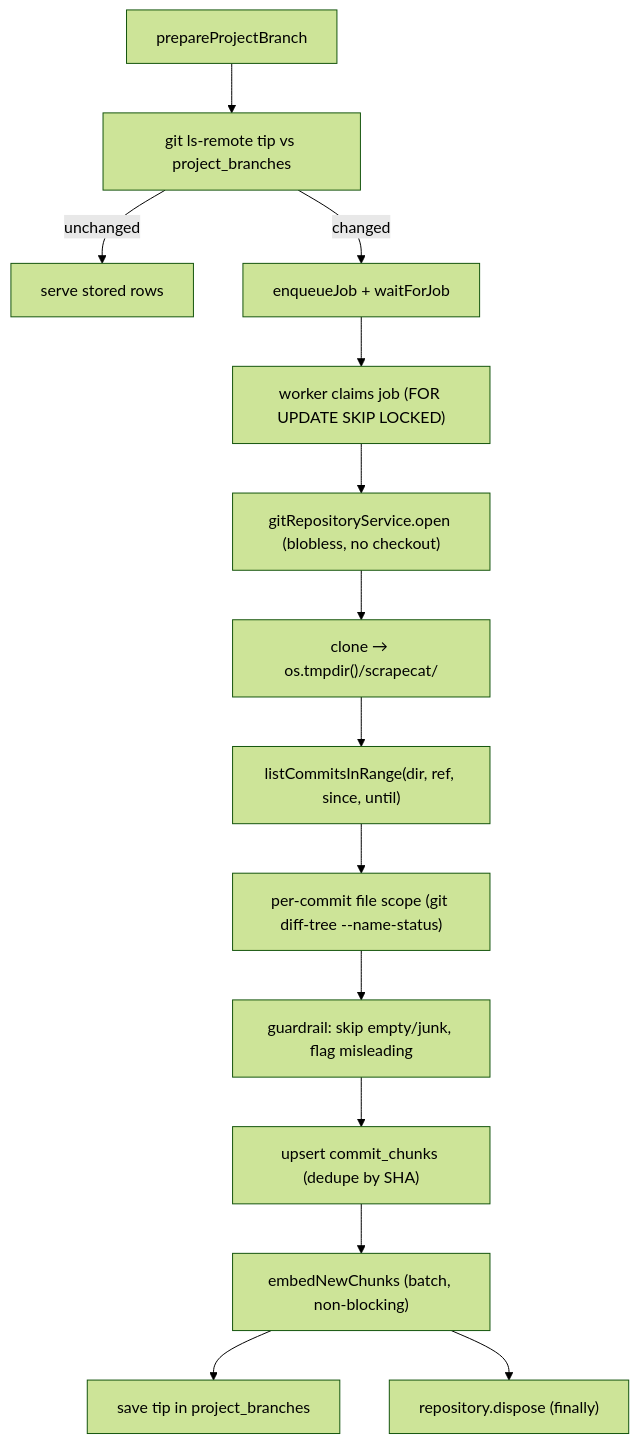
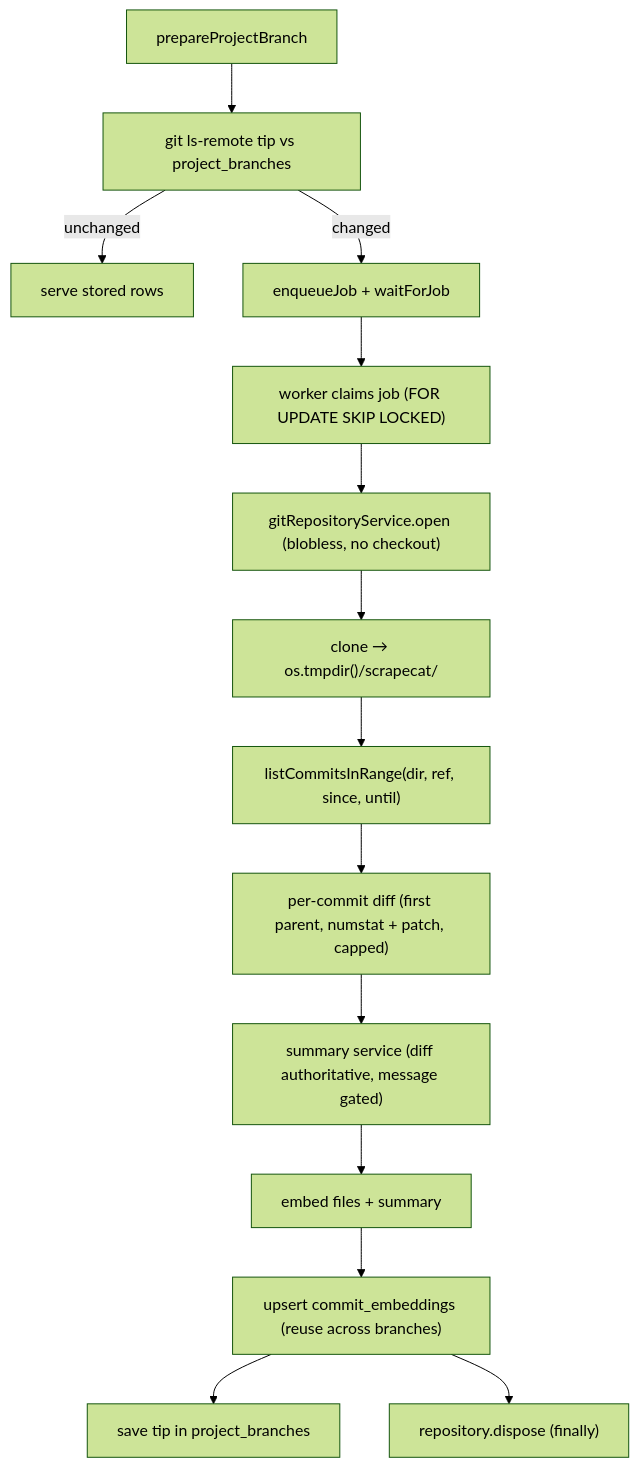
Before and after one commit to franciscoluna-28/Scrapecat: the fourth of 5 diagrams in docs/architecture.md, drawn with Mermaid (forest theme). The commit also changed other lines of this file and 8 other files, not shown here.

````diff
--- a/docs/architecture.md
+++ b/docs/architecture.md
@@ -130,16 +130,16 @@
 ```mermaid
 flowchart TD
     P["prepareProjectBranch"] --> T["git ls-remote tip vs project_branches"]
     T -->|unchanged| C["serve stored rows"]
     T -->|changed| Q["enqueueJob + waitForJob"]
     Q --> W["worker claims job (FOR UPDATE SKIP LOCKED)"]
     W --> E["gitRepositoryService.open (blobless, no checkout)"]
     E --> G["clone → os.tmpdir()/scrapecat/<uuid>"]
     G --> R["listCommitsInRange(dir, ref, since, until)"]
-    R --> S["per-commit file scope (git diff-tree --name-status)"]
-    S --> CL["guardrail: skip empty/junk, flag misleading"]
-    CL --> U["upsert commit_chunks (dedupe by SHA)"]
-    U --> EM["embedNewChunks (batch, non-blocking)"]
-    EM --> ST["save tip in project_branches"]
-    EM --> D["repository.dispose (finally)"]
+    R --> S["per-commit diff (first parent, numstat + patch, capped)"]
+    S --> SUM["summary service (diff authoritative, message gated)"]
+    SUM --> EM["embed files + summary"]
+    EM --> U["upsert commit_embeddings (reuse across branches)"]
+    U --> ST["save tip in project_branches"]
+    U --> D["repository.dispose (finally)"]
 ```
````
